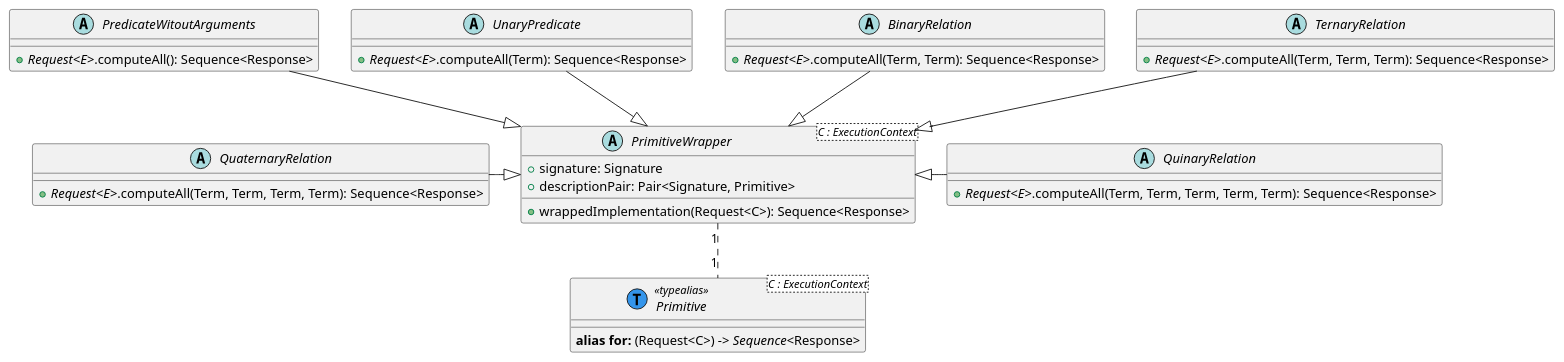
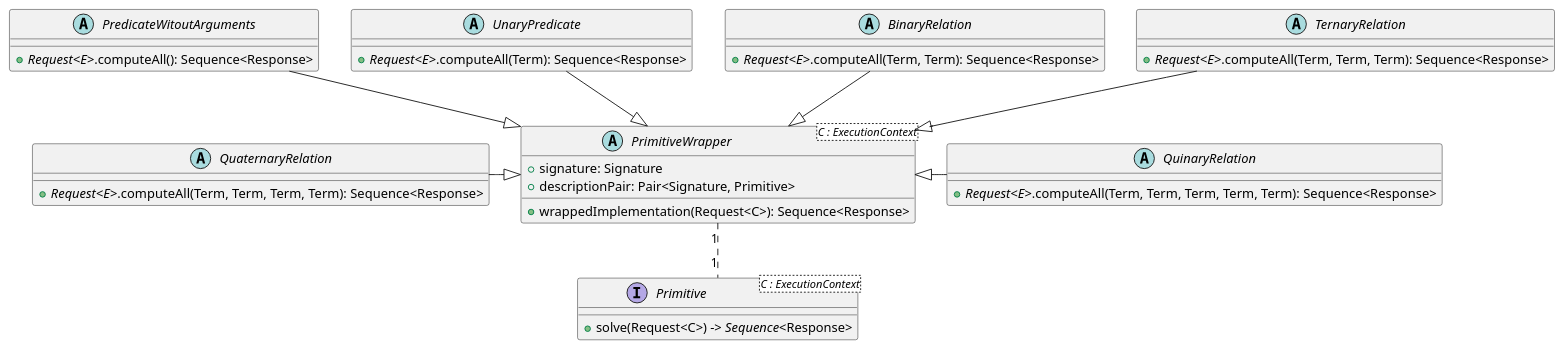
Before and after one commit to pikalab-unibo/ise-lab-perception-actuation: the diagram in figures/wrappers.pu, drawn with PlantUML. The commit also changed 9 other files, not shown here.

```diff
--- a/figures/wrappers.pu
+++ b/figures/wrappers.pu
@@ -1,51 +1,51 @@
 @startuml
 
-interface Primitive<C : ExecutionContext> << (T,#3495eb) typealias >>  {
-  **alias for:** (Request<C>) -> //Sequence//<Response>
+interface Primitive<C : ExecutionContext> {
+  + solve(Request<C>) -> //Sequence//<Response>
 }
 
 abstract class PrimitiveWrapper<C : ExecutionContext> {
   + signature: Signature
   + descriptionPair: Pair<Signature, Primitive>
   + wrappedImplementation(Request<C>): Sequence<Response>
 }
 
 PrimitiveWrapper "1" .. "1" Primitive
 
 abstract class PredicateWitoutArguments {
   + //Request<E>//.computeAll(): Sequence<Response>
 }
 
 PredicateWitoutArguments --|> PrimitiveWrapper
 
 abstract class UnaryPredicate {
   + //Request<E>//.computeAll(Term): Sequence<Response>
 }
 
 UnaryPredicate --|> PrimitiveWrapper
 
 abstract class BinaryRelation {
   + //Request<E>//.computeAll(Term, Term): Sequence<Response>
 }
 
 BinaryRelation --|> PrimitiveWrapper
 
 abstract class TernaryRelation {
   + //Request<E>//.computeAll(Term, Term, Term): Sequence<Response>
 }
 
 TernaryRelation --|> PrimitiveWrapper
 
 abstract class QuaternaryRelation {
   + //Request<E>//.computeAll(Term, Term, Term, Term): Sequence<Response>
 }
 
 QuaternaryRelation -right-|> PrimitiveWrapper
 
 abstract class QuinaryRelation {
   + //Request<E>//.computeAll(Term, Term, Term, Term, Term): Sequence<Response>
 }
 
 QuinaryRelation -left-|> PrimitiveWrapper
 
 @enduml
```
